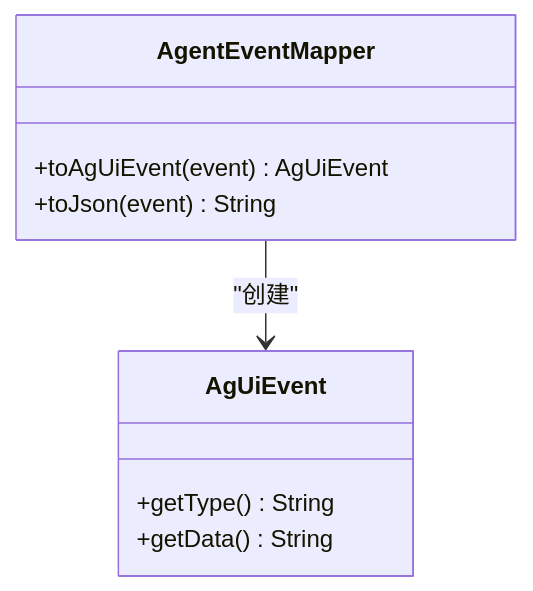
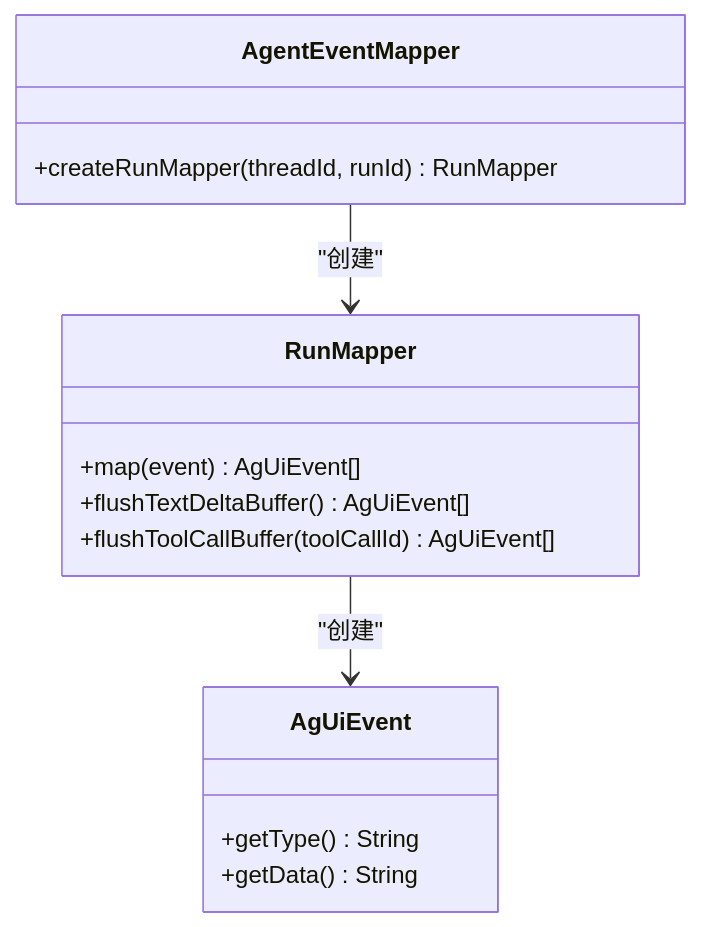
Before and after one commit to mengqiang81/agentic: the fourth of 9 diagrams in .qoder/repowiki/zh/content/核心模块/代理管理模块.md, drawn with Mermaid. The commit also changed other lines of this file and 29 other files, not shown here.

````diff
--- a/.qoder/repowiki/zh/content/核心模块/代理管理模块.md
+++ b/.qoder/repowiki/zh/content/核心模块/代理管理模块.md
@@ -175,12 +186,17 @@
 ```mermaid
 classDiagram
 class AgentEventMapper {
-+toAgUiEvent(event) AgUiEvent
-+toJson(event) String
++createRunMapper(threadId, runId) RunMapper
+}
+class RunMapper {
++map(event) AgUiEvent[]
++flushTextDeltaBuffer() AgUiEvent[]
++flushToolCallBuffer(toolCallId) AgUiEvent[]
 }
 class AgUiEvent {
 +getType() String
 +getData() String
 }
-AgentEventMapper --> AgUiEvent : "创建"
+AgentEventMapper --> RunMapper : "创建"
+RunMapper --> AgUiEvent : "创建"
 ```
````
